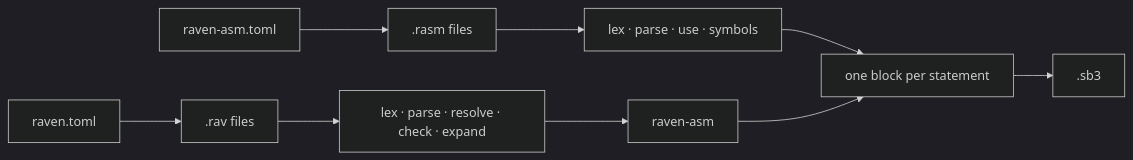
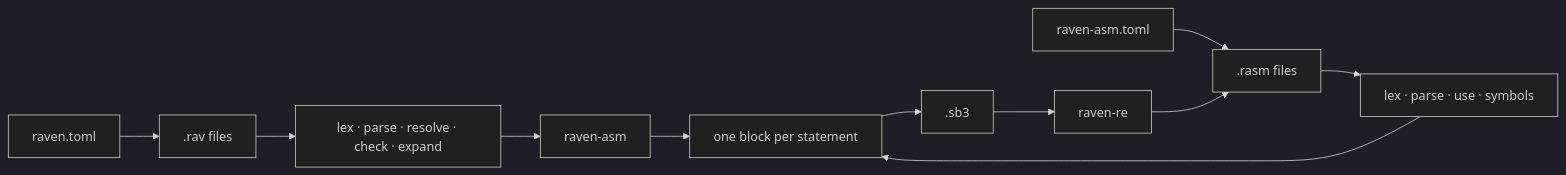
One commit to raven-scratch/raven changed the diagram in README.md. Above: the diagram before and after it, drawn with Mermaid (dark theme). The commit also changed other lines of this file and 137 other files, not shown here.

First line of the commit message:
feat(raven-re): reverse a vanilla .sb3 back into raven-asm

````diff
--- a/README.md
+++ b/README.md
@@ -255,11 +285,13 @@
 ```mermaid
 flowchart LR
   ravenToml["raven.toml"] --> rav[".rav files"]
   rav --> front["lex · parse · resolve · check · expand"]
   front --> asm["raven-asm"]
   asmToml["raven-asm.toml"] --> rasm[".rasm files"]
   rasm --> symbols["lex · parse · use · symbols"]
   symbols --> blocks["one block per statement"]
   asm --> blocks
   blocks --> sb3[".sb3"]
+  sb3 --> reverse["raven-re"]
+  reverse --> rasm
 ```
````
